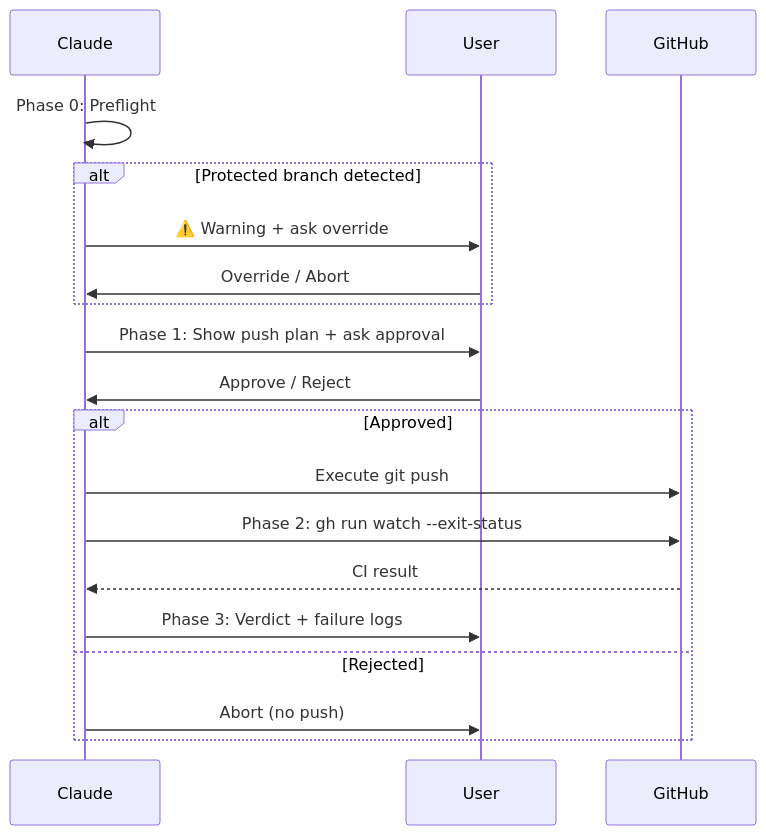
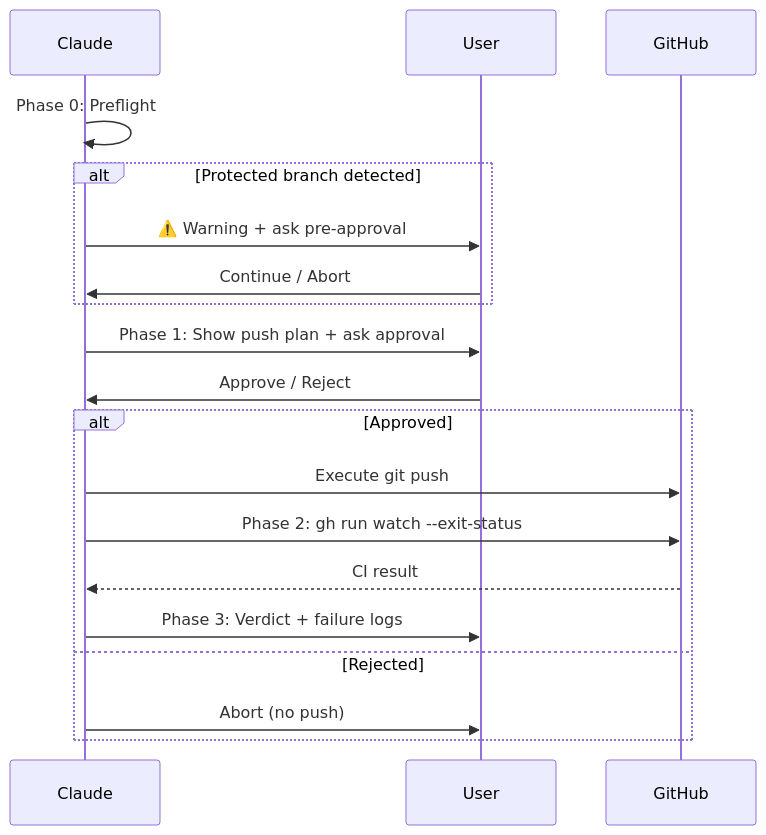
One commit to jupiter-Pulin/Uranus-dev-flow changed the diagram in skills/push-ci/SKILL.md. Above: the diagram before and after it, drawn with Mermaid. The commit also changed other lines of this file and 5 other files, not shown here.

````diff
--- a/skills/push-ci/SKILL.md
+++ b/skills/push-ci/SKILL.md
@@ -28,22 +40,22 @@
 ```mermaid
 sequenceDiagram
     participant C as Claude
     participant U as User
     participant GH as GitHub
 
     C->>C: Phase 0: Preflight
     alt Protected branch detected
-        C->>U: ⚠️ Warning + ask override
-        U->>C: Override / Abort
+        C->>U: ⚠️ Warning + ask pre-approval
+        U->>C: Continue / Abort
     end
     C->>U: Phase 1: Show push plan + ask approval
     U->>C: Approve / Reject
     alt Approved
         C->>GH: Execute git push
         C->>GH: Phase 2: gh run watch --exit-status
         GH-->>C: CI result
         C->>U: Phase 3: Verdict + failure logs
     else Rejected
         C->>U: Abort (no push)
     end
 ```
````
